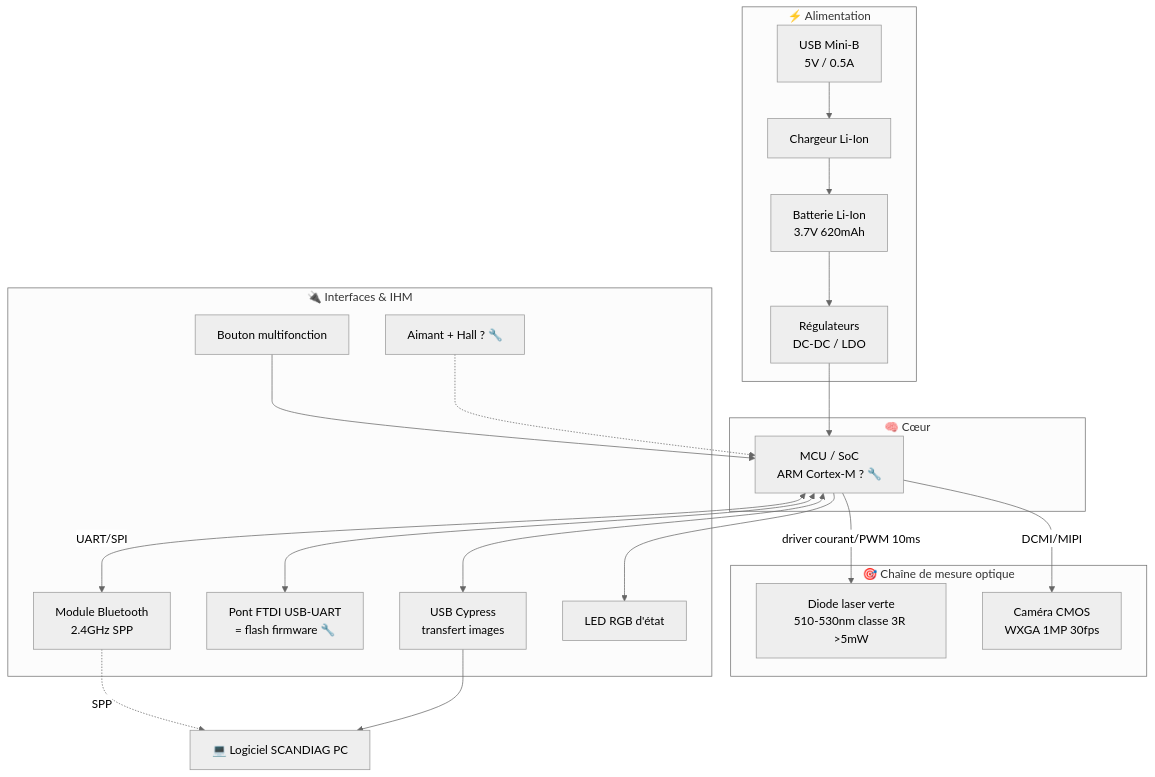
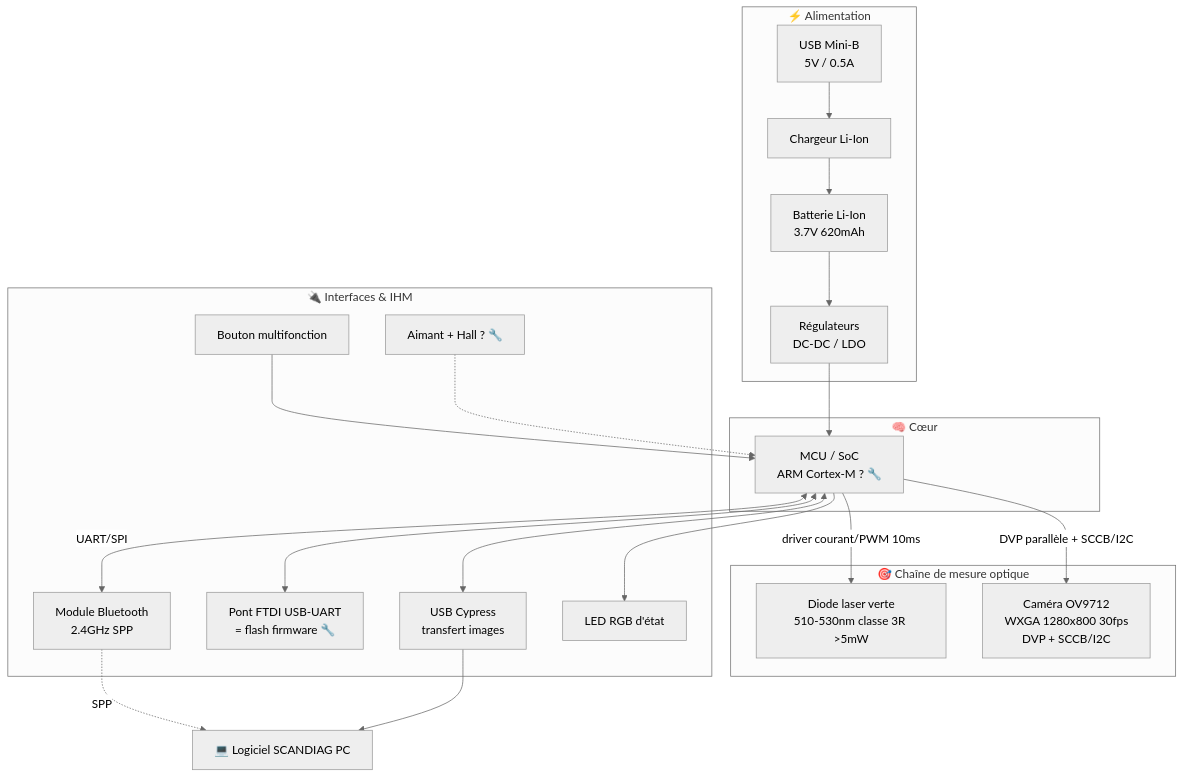
The first of 2 diagrams in DOSSIER_RETRO-INGENIERIE.md (Virgile-Eratel/concoursNatoYnov2026), drawn with Mermaid (neutral theme) before and after one commit. The commit also changed other lines of this file, not shown here.

````diff
--- a/DOSSIER_RETRO-INGENIERIE.md
+++ b/DOSSIER_RETRO-INGENIERIE.md
@@ -108,38 +109,38 @@
 ```mermaid
 flowchart TB
     subgraph ALIM["⚡ Alimentation"]
         USB[USB Mini-B<br/>5V / 0.5A] --> CHG[Chargeur Li-Ion]
         CHG --> BAT[Batterie Li-Ion<br/>3.7V 620mAh]
         BAT --> PWR[Régulateurs<br/>DC-DC / LDO]
     end
 
     subgraph CORE["🧠 Cœur"]
         MCU[MCU / SoC<br/>ARM Cortex-M ? 🔧]
     end
 
     subgraph CAPTEURS["🎯 Chaîne de mesure optique"]
         LASER[Diode laser verte<br/>510-530nm classe 3R >5mW]
-        CAM[Caméra CMOS<br/>WXGA 1MP 30fps]
+        CAM[Caméra OV9712<br/>WXGA 1280x800 30fps<br/>DVP + SCCB/I2C]
     end
 
     subgraph IO["🔌 Interfaces & IHM"]
         BT[Module Bluetooth<br/>2.4GHz SPP]
         UART[Pont FTDI USB-UART<br/>= flash firmware 🔧]
         CYUSB[USB Cypress<br/>transfert images]
         BTN[Bouton multifonction]
         LED[LED RGB d'état]
         MAG[Aimant + Hall ? 🔧]
     end
 
     PWR --> MCU
     MCU -- driver courant/PWM 10ms --> LASER
-    MCU -- DCMI/MIPI --> CAM
+    MCU -- DVP parallèle + SCCB/I2C --> CAM
     MCU <-- UART/SPI --> BT
     MCU <--> UART
     MCU <--> CYUSB
     BTN --> MCU
     MCU --> LED
     MAG -.-> MCU
     BT -. SPP .-> PC[💻 Logiciel SCANDIAG PC]
     CYUSB --> PC
 ```
````
